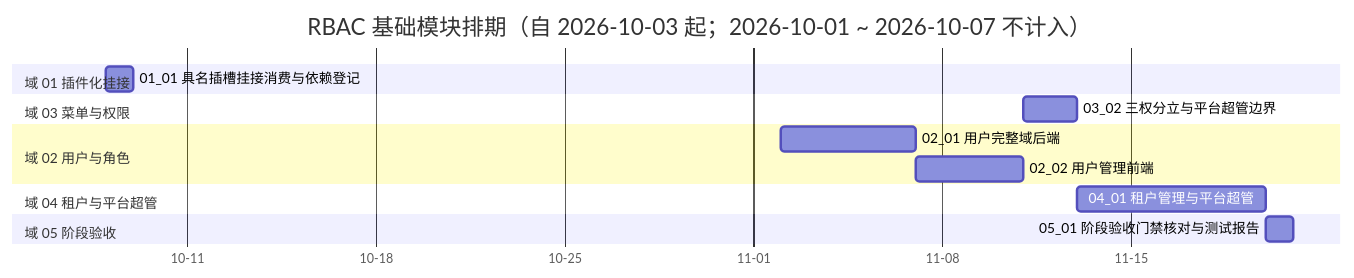
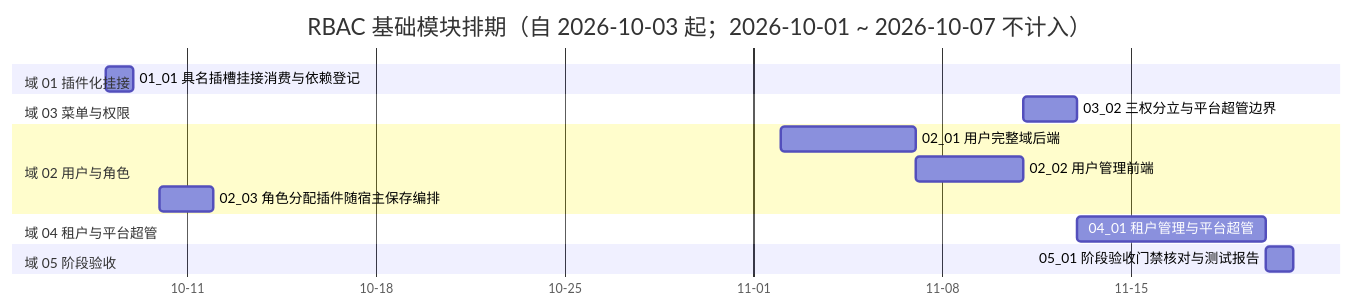
One commit to minjian123/basic-management-system changed the diagram in bms文档/项目/07_RBAC基础模块/计划/01_计划_RBAC基础模块.md. Above: the diagram before and after it, drawn with Mermaid. The commit also changed other lines of this file and 2 other files, not shown here.

Commit message:
docs(07): 追加 02_03 嵌套子任务 _02 角色分配插件随宿主保存编排

````diff
--- a/bms文档/项目/07_RBAC基础模块/计划/01_计划_RBAC基础模块.md
+++ b/bms文档/项目/07_RBAC基础模块/计划/01_计划_RBAC基础模块.md
@@ -53,17 +53,18 @@
 ```mermaid
 gantt
     title RBAC 基础模块排期（自 2026-10-03 起；2026-10-01 ~ 2026-10-07 不计入）
     dateFormat  YYYY-MM-DD
     axisFormat %m-%d
     section 域 01 插件化挂接
     01_01 具名插槽挂接消费与依赖登记 :a0101, 2026-10-08, 1d
     section 域 03 菜单与权限
     03_02 三权分立与平台超管边界 :a0302, 2026-11-11, 2d
     section 域 02 用户与角色
     02_01 用户完整域后端 :a0201, 2026-11-02, 5d
     02_02 用户管理前端 :a0202, 2026-11-07, 4d
+    02_03 角色分配插件随宿主保存编排 :a0203b, 2026-10-10, 2d
     section 域 04 租户与平台超管
     04_01 租户管理与平台超管 :a0401, 2026-11-13, 7d
     section 域 05 阶段验收
     05_01 阶段验收门禁核对与测试报告 :a0501, 2026-11-20, 1d
 ```
````
